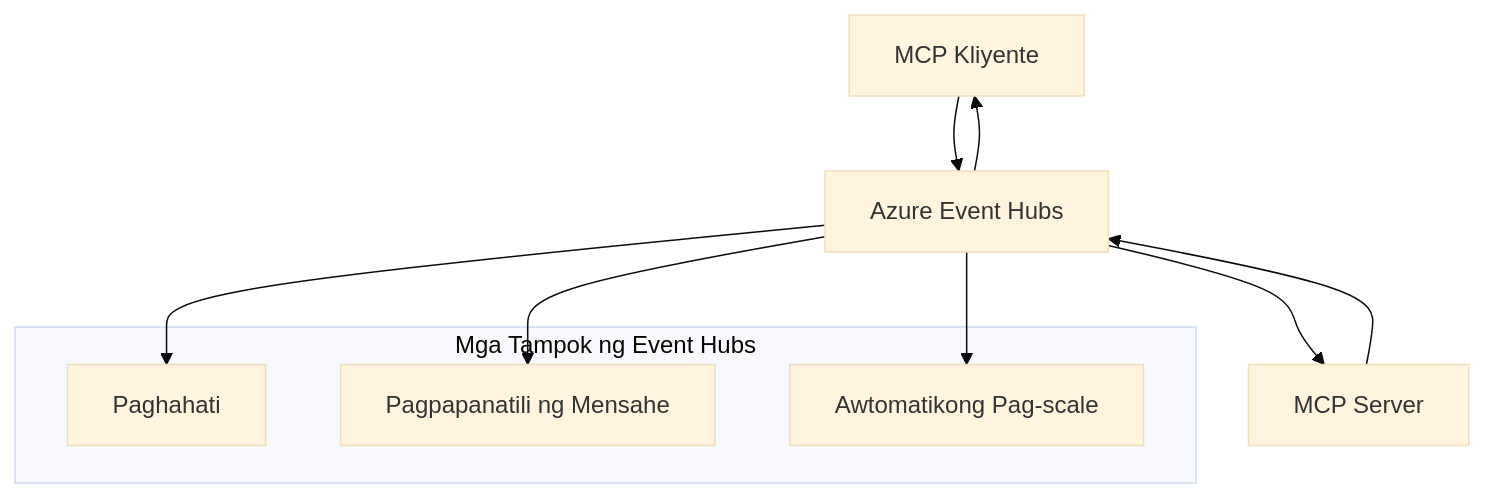
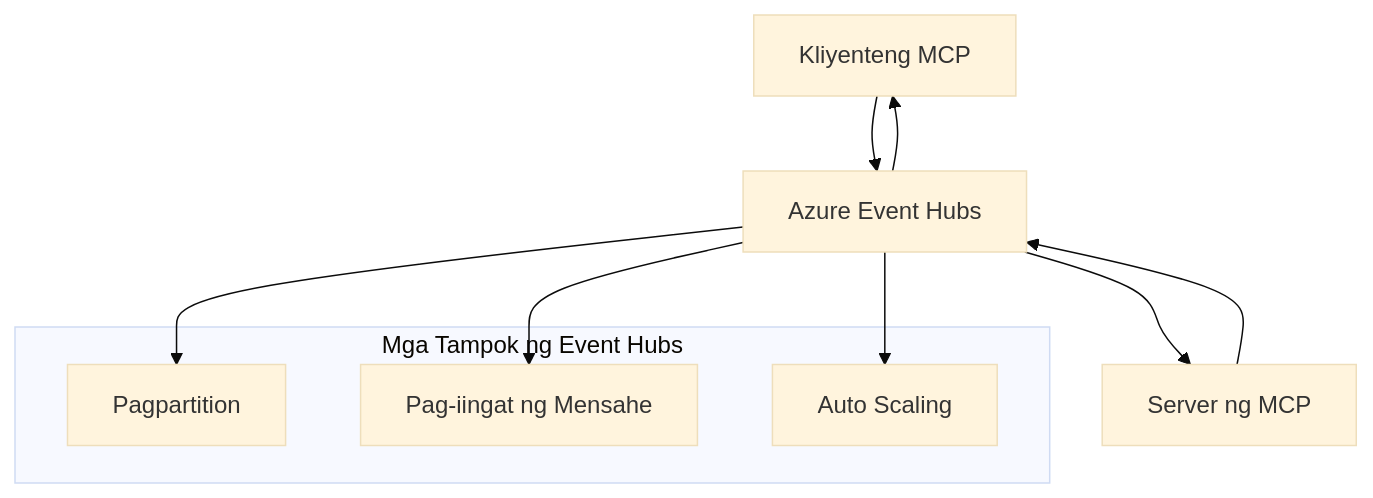
One commit to HIDORAKAI002/ai-workspace-archive changed the second of 2 diagrams in mcp_ecosystem__model_context_protocol/mcp_learning_resources/mcp-for-beginners/translations/tl/05-AdvancedTopics/mcp-transport/README.md. Above: the diagram before and after it, drawn with Mermaid (base theme). The commit also changed other lines of this file and 1046 other files, not shown here.

````diff
--- a/mcp_ecosystem__model_context_protocol/mcp_learning_resources/mcp-for-beginners/translations/tl/05-AdvancedTopics/mcp-transport/README.md
+++ b/mcp_ecosystem__model_context_protocol/mcp_learning_resources/mcp-for-beginners/translations/tl/05-AdvancedTopics/mcp-transport/README.md
@@ -270,17 +272,17 @@
 ```mermaid
 graph TB
-    Client[MCP Kliyente] --> EH[Azure Event Hubs]
-    EH --> Server[MCP Server]
+    Client[Kliyenteng MCP] --> EH[Azure Event Hubs]
+    EH --> Server[Server ng MCP]
     Server --> EH
     EH --> Client
     
     subgraph "Mga Tampok ng Event Hubs"
-        Partition[Paghahati]
-        Retention[Pagpapanatili ng Mensahe]
-        Scaling[Awtomatikong Pag-scale]
+        Partition[Pagpartition]
+        Retention[Pag-iingat ng Mensahe]
+        Scaling[Auto Scaling]
     end
     
     EH --> Partition
     EH --> Retention
     EH --> Scaling
 ```
````
